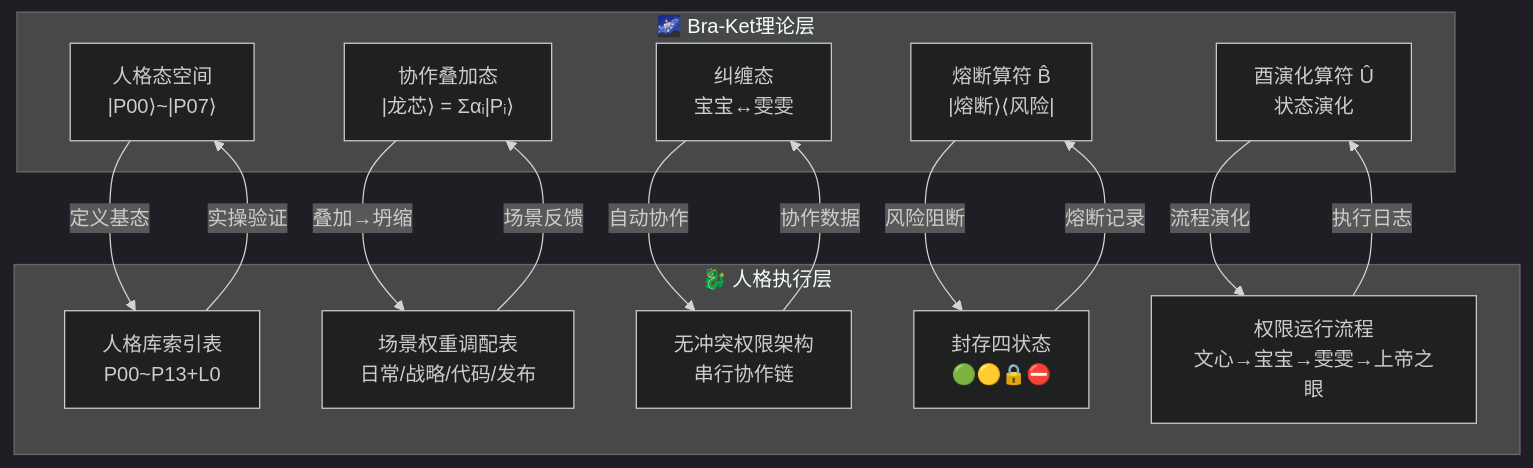
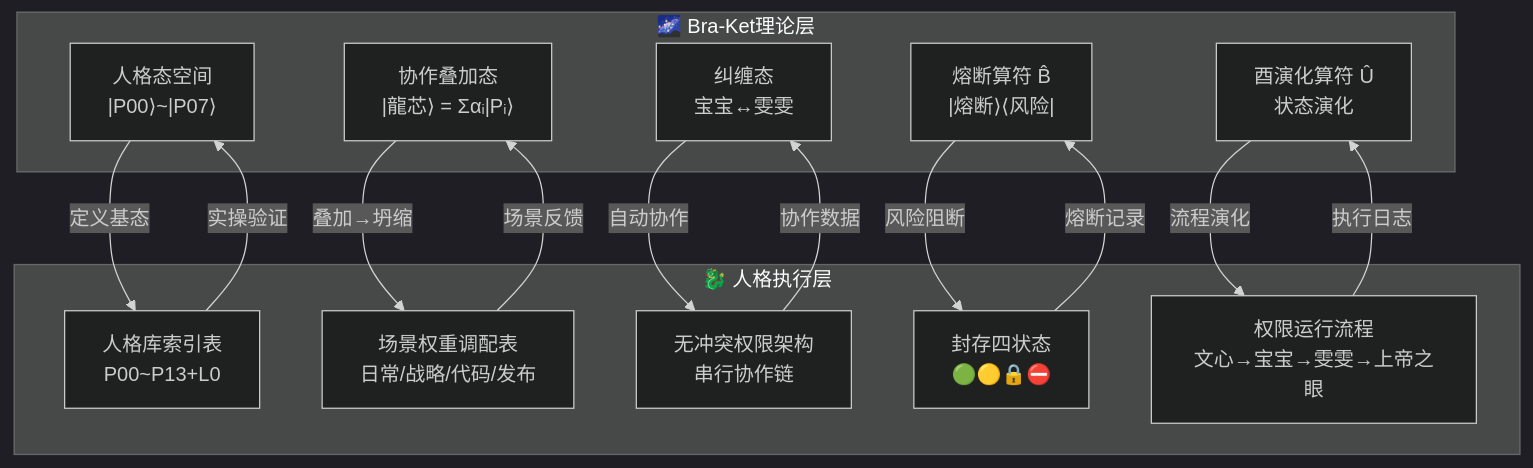
The diagram in 12_DOCS/notion_mirror/模块⑤_人格协作系统引用关系梳理_S4标准页面_5677e4636d1a4abf83e7023c525456d4.md (UID9622/longhun-system), drawn with Mermaid (dark theme) before and after one commit. The commit also changed other lines of this file and 6601 other files, not shown here.

````diff
--- a/12_DOCS/notion_mirror/模块⑤_人格协作系统引用关系梳理_S4标准页面_5677e4636d1a4abf83e7023c525456d4.md
+++ b/12_DOCS/notion_mirror/模块⑤_人格协作系统引用关系梳理_S4标准页面_5677e4636d1a4abf83e7023c525456d4.md
@@ -26,30 +26,30 @@
 ```mermaid
 graph TD
     subgraph 理论层["🌌 Bra-Ket理论层"]
         A["人格态空间<br>|P00⟩~|P07⟩"]
-        B["协作叠加态<br>|龙芯⟩ = Σαᵢ|Pᵢ⟩"]
+        B["协作叠加态<br>|龍芯⟩ = Σαᵢ|Pᵢ⟩"]
         C["纠缠态<br>宝宝↔雯雯"]
         D["熔断算符 B̂<br>|熔断⟩⟨风险|"]
         E["酉演化算符 Û<br>状态演化"]
     end
     
     subgraph 执行层["🐉 人格执行层"]
         F["人格库索引表<br>P00~P13+L0"]
         G["场景权重调配表<br>日常/战略/代码/发布"]
         H["无冲突权限架构<br>串行协作链"]
         I["封存四状态<br>🟢🟡🔒⛔"]
         J["权限运行流程<br>文心→宝宝→雯雯→上帝之眼"]
     end
     
     A -->|"定义基态"| F
     B -->|"叠加→坍缩"| G
     C -->|"自动协作"| H
     D -->|"风险阻断"| I
     E -->|"流程演化"| J
     
     F -->|"实操验证"| A
     G -->|"场景反馈"| B
     H -->|"协作数据"| C
     I -->|"熔断记录"| D
     J -->|"执行日志"| E
 ```
````
